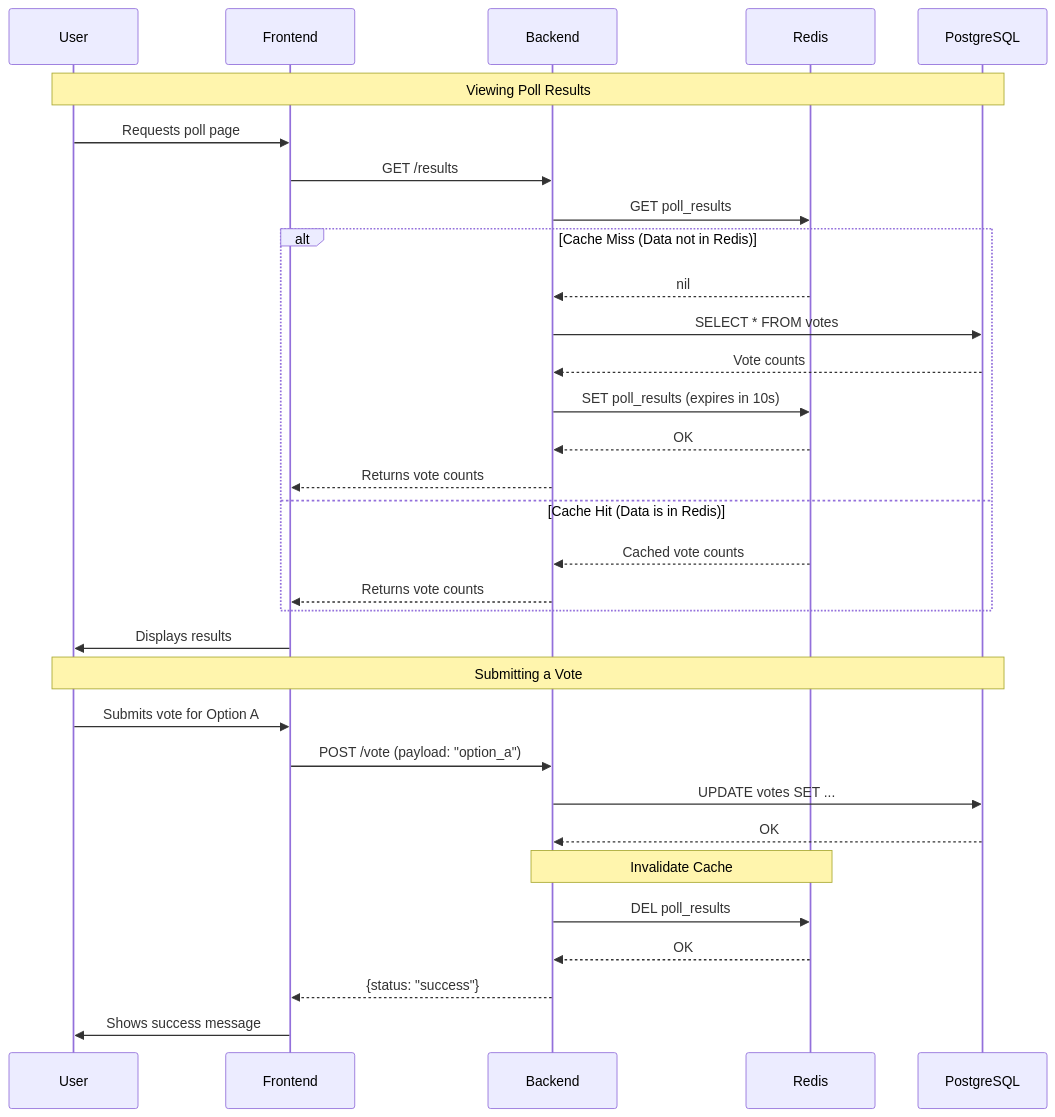
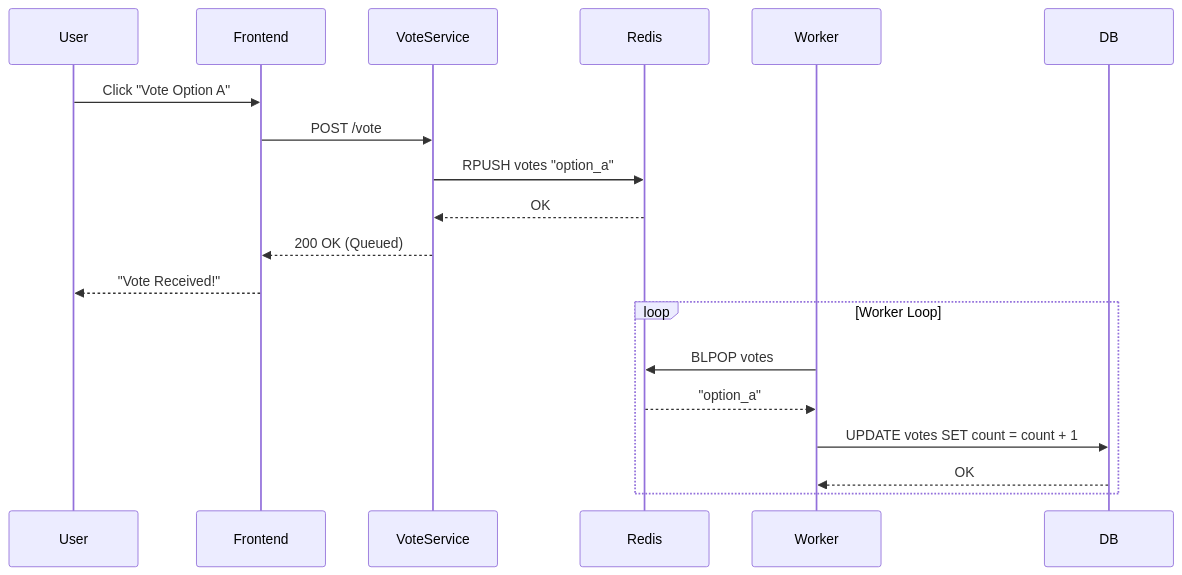
The first of 5 diagrams in docker-polling-app/README.md (NkwaTambe/my-wiki), drawn with Mermaid before and after one commit. The commit also changed other lines of this file and 21 other files, not shown here.

````diff
--- a/docker-polling-app/README.md
+++ b/docker-polling-app/README.md
@@ -225,40 +21,23 @@
 ```mermaid
 sequenceDiagram
     participant User
     participant Frontend
-    participant Backend
+    participant VoteService
     participant Redis
-    participant DB as PostgreSQL
+    participant Worker
+    participant DB
 
-    Note over User, DB: Viewing Poll Results
-    User->>Frontend: Requests poll page
-    Frontend->>Backend: GET /results
-    Backend->>Redis: GET poll_results
-    
-    alt Cache Miss (Data not in Redis)
-        Redis-->>Backend: nil
-        Backend->>DB: SELECT * FROM votes
-        DB-->>Backend: Vote counts
-        Backend->>Redis: SET poll_results (expires in 10s)
-        Redis-->>Backend: OK
-        Backend-->>Frontend: Returns vote counts
-    else Cache Hit (Data is in Redis)
-        Redis-->>Backend: Cached vote counts
-        Backend-->>Frontend: Returns vote counts
+    User->>Frontend: Click "Vote Option A"
+    Frontend->>VoteService: POST /vote
+    VoteService->>Redis: RPUSH votes "option_a"
+    Redis-->>VoteService: OK
+    VoteService-->>Frontend: 200 OK (Queued)
+    Frontend-->>User: "Vote Received!"
+
+    loop Worker Loop
+        Worker->>Redis: BLPOP votes
+        Redis-->>Worker: "option_a"
+        Worker->>DB: UPDATE votes SET count = count + 1
+        DB-->>Worker: OK
     end
-
-    Frontend->>User: Displays results
-
-    Note over User, DB: Submitting a Vote
-    User->>Frontend: Submits vote for Option A
-    Frontend->>Backend: POST /vote (payload: "option_a")
-    Backend->>DB: UPDATE votes SET ...
-    DB-->>Backend: OK
-    
-    Note over Backend, Redis: Invalidate Cache
-    Backend->>Redis: DEL poll_results
-    Redis-->>Backend: OK
-
-    Backend-->>Frontend: {status: "success"}
-    Frontend->>User: Shows success message
 ```
````
